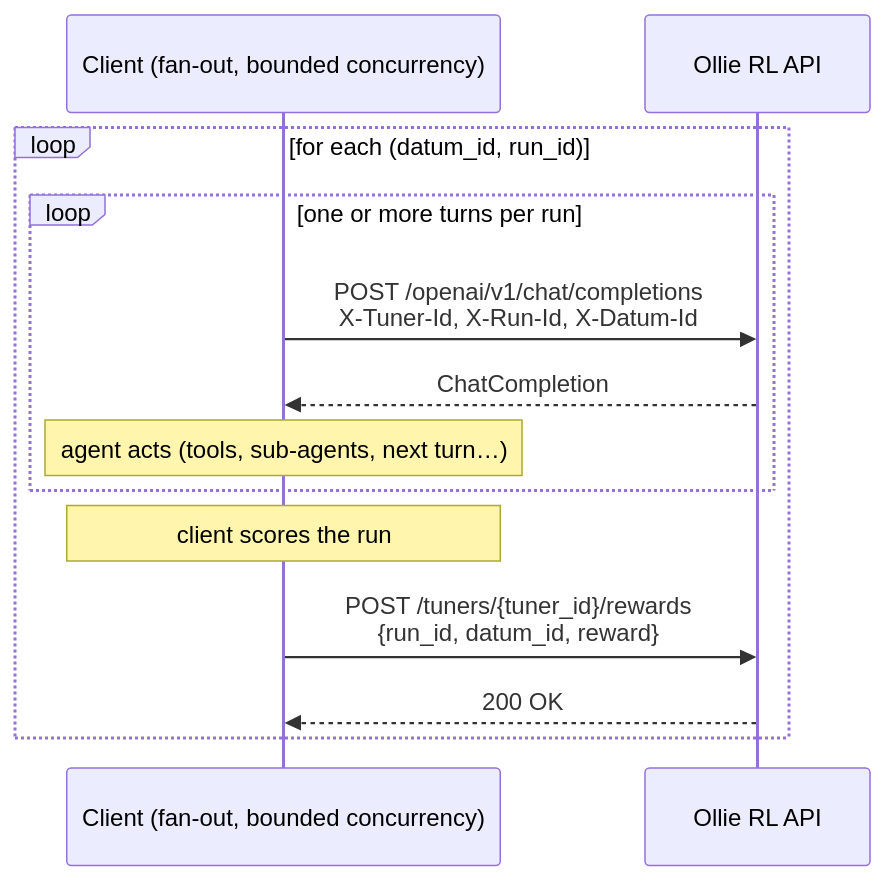
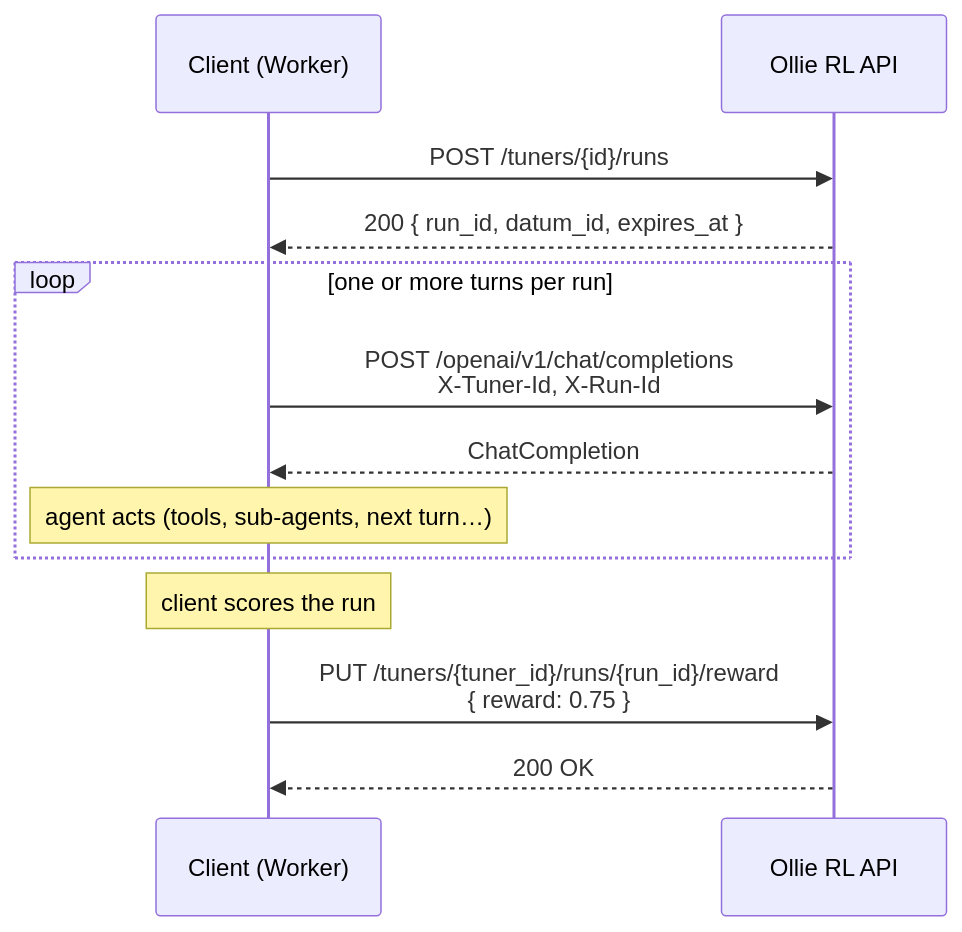
The second of 2 diagrams in .agents/skills/dev/references/sync-rl.md (wsxiaoys/ollie-rl), drawn with Mermaid before and after one commit. The commit also changed other lines of this file and 2 other files, not shown here.

````diff
--- a/.agents/skills/dev/references/sync-rl.md
+++ b/.agents/skills/dev/references/sync-rl.md
@@ -82,16 +82,16 @@
 ```mermaid
 sequenceDiagram
-    participant C as Client (fan-out, bounded concurrency)
+    participant C as Client (Worker)
     participant API as Ollie RL API
 
-    loop for each (datum_id, run_id)
-        loop one or more turns per run
-            C->>API: POST /openai/v1/chat/completions<br/>X-Tuner-Id, X-Run-Id, X-Datum-Id
-            API-->>C: ChatCompletion
-            Note over C: agent acts (tools, sub-agents, next turn…)
-        end
-        Note over C: client scores the run
-        C->>API: POST /tuners/{tuner_id}/rewards<br/>{run_id, datum_id, reward}
-        API-->>C: 200 OK
+    C->>API: POST /tuners/{id}/runs
+    API-->>C: 200 { run_id, datum_id, expires_at }
+    loop one or more turns per run
+        C->>API: POST /openai/v1/chat/completions<br/>X-Tuner-Id, X-Run-Id
+        API-->>C: ChatCompletion
+        Note over C: agent acts (tools, sub-agents, next turn…)
     end
+    Note over C: client scores the run
+    C->>API: PUT /tuners/{tuner_id}/runs/{run_id}/reward<br/>{ reward: 0.75 }
+    API-->>C: 200 OK
 ```
````
